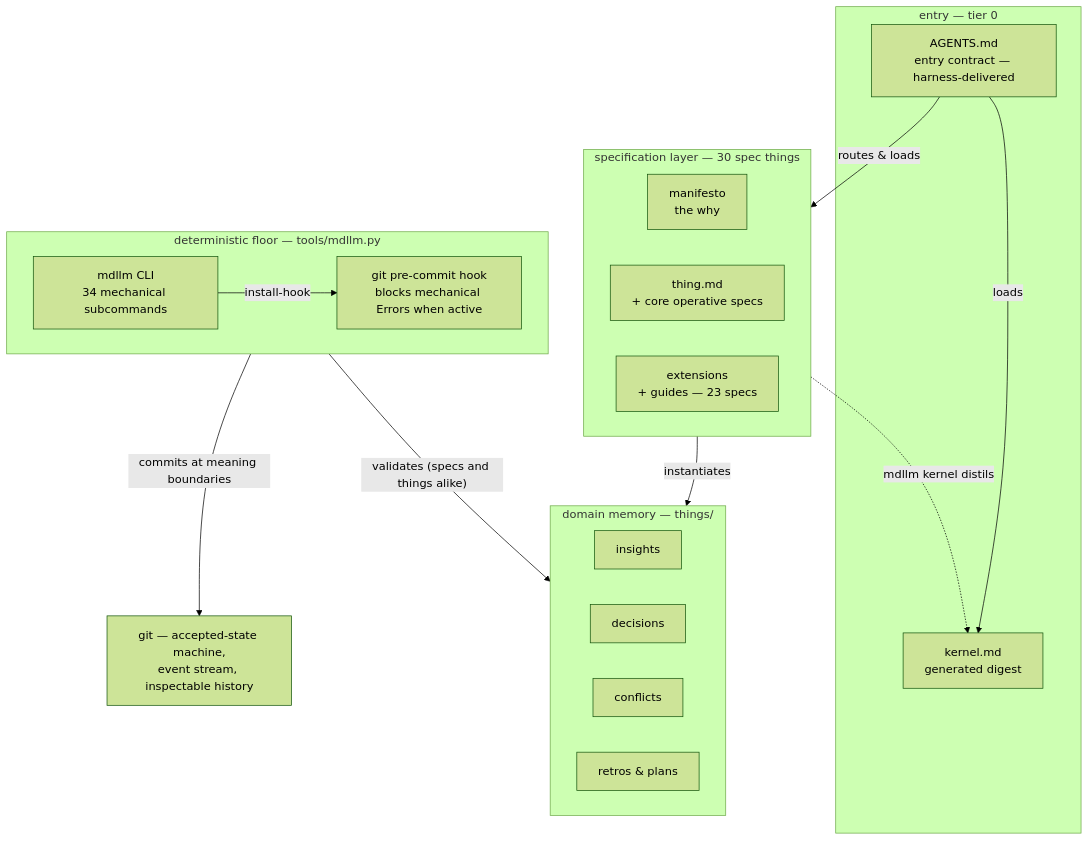
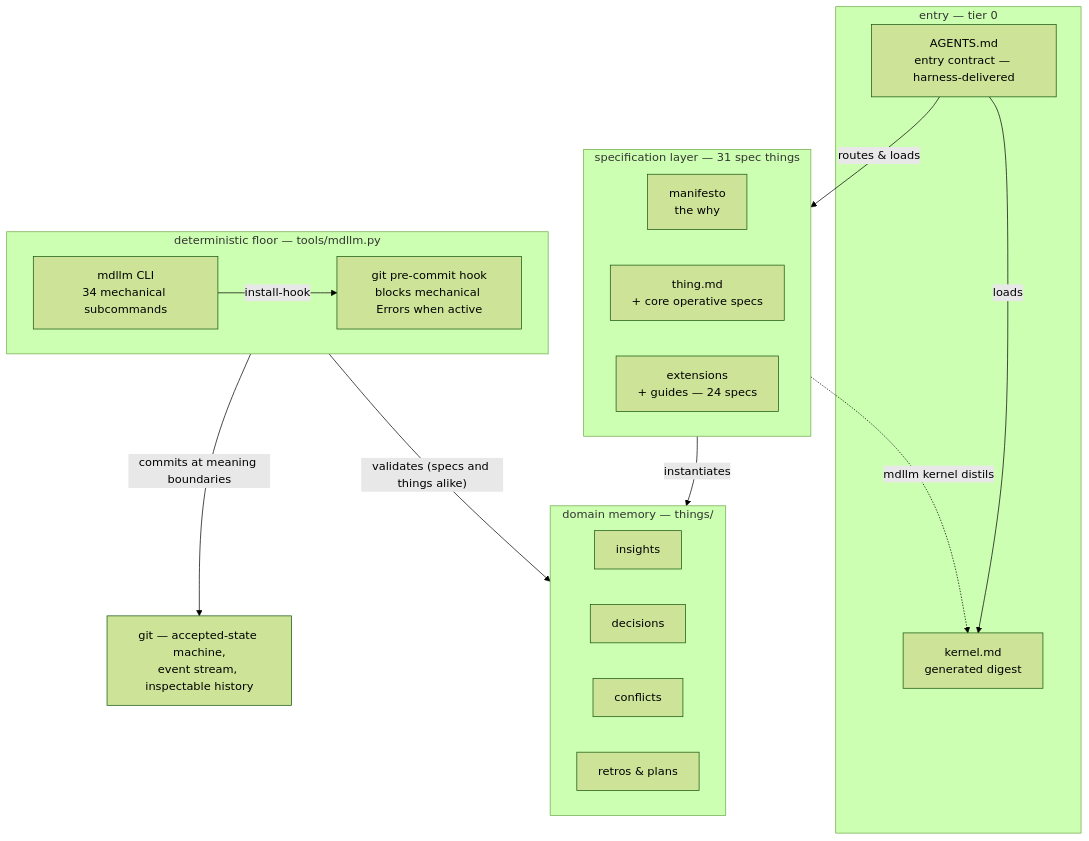
One commit to JanoshMoshiri/MarkdownLLM changed the first of 5 diagrams in docs/framework-map.md. Above: the diagram before and after it, drawn with Mermaid (forest theme). The commit also changed other lines of this file and 11 other files, not shown here.

First line of the commit message:
framework: universal-workflow.md — the atom moves to the spec layer

````diff
--- a/docs/framework-map.md
+++ b/docs/framework-map.md
@@ -54,49 +54,49 @@
 ```mermaid
 flowchart TD
     accTitle: View 1 - the five bands of the framework, read top-down as a session's life
     accDescr {
         Five stacked bands. The entry band, tier 0, holds AGENTS.md as the
         harness-delivered entry contract and kernel.md as a generated digest. Below
-        it the specification layer holds 30 spec things: the manifesto for the
-        why, thing.md with the core operative specs, and 23 extension and guide
+        it the specification layer holds 31 spec things: the manifesto for the
+        why, thing.md with the core operative specs, and 24 extension and guide
         specs. Below that, domain memory in the things directory holds insights,
         decisions, conflicts, retrospectives and plans. Below that, the
         deterministic floor is tools/mdllm.py, providing the mdllm CLI with 34
         mechanical subcommands and a git pre-commit hook that, when current and
         runnable, blocks commits with mechanical Errors. At the base, git is
         the accepted-state machine, event stream and inspectable audit aid.
         The edges run as follows. AGENTS.md loads the kernel and routes
         to the specs. The specs distil back up into the kernel via mdllm
         kernel, which is why that one edge points upward. The specs instantiate
         domain memory. The CLI installs the hook. The floor validates memory,
         specs and things alike, and commits at meaning boundaries into git.
     }
     subgraph entry ["entry — tier 0"]
         AGENTS["AGENTS.md<br/>entry contract — harness-delivered"]
         KERNEL["kernel.md<br/>generated digest"]
     end
-    subgraph specs ["specification layer — 30 spec things"]
+    subgraph specs ["specification layer — 31 spec things"]
         MANIFESTO["manifesto<br/>the why"]
         THING["thing.md<br/>+ core operative specs"]
-        EXT["extensions<br/>+ guides — 23 specs"]
+        EXT["extensions<br/>+ guides — 24 specs"]
     end
     subgraph memory ["domain memory — things/"]
         INSIGHTS["insights"]
         DECISIONS["decisions"]
         CONFLICTS["conflicts"]
         RETROS["retros & plans"]
     end
     subgraph floor ["deterministic floor — tools/mdllm.py"]
         MDLLM["mdllm CLI<br/>34 mechanical subcommands"]
         HOOK["git pre-commit hook<br/>blocks mechanical Errors when active"]
     end
     GIT["git — accepted-state machine,<br/>event stream, inspectable history"]
 
     AGENTS -->|loads| KERNEL
     AGENTS -->|routes & loads| specs
     specs -.->|"mdllm kernel distils"| KERNEL
     specs -->|instantiates| memory
     MDLLM -->|install-hook| HOOK
     floor -->|"validates (specs and things alike)"| memory
     floor -->|commits at meaning boundaries| GIT
 ```
````
